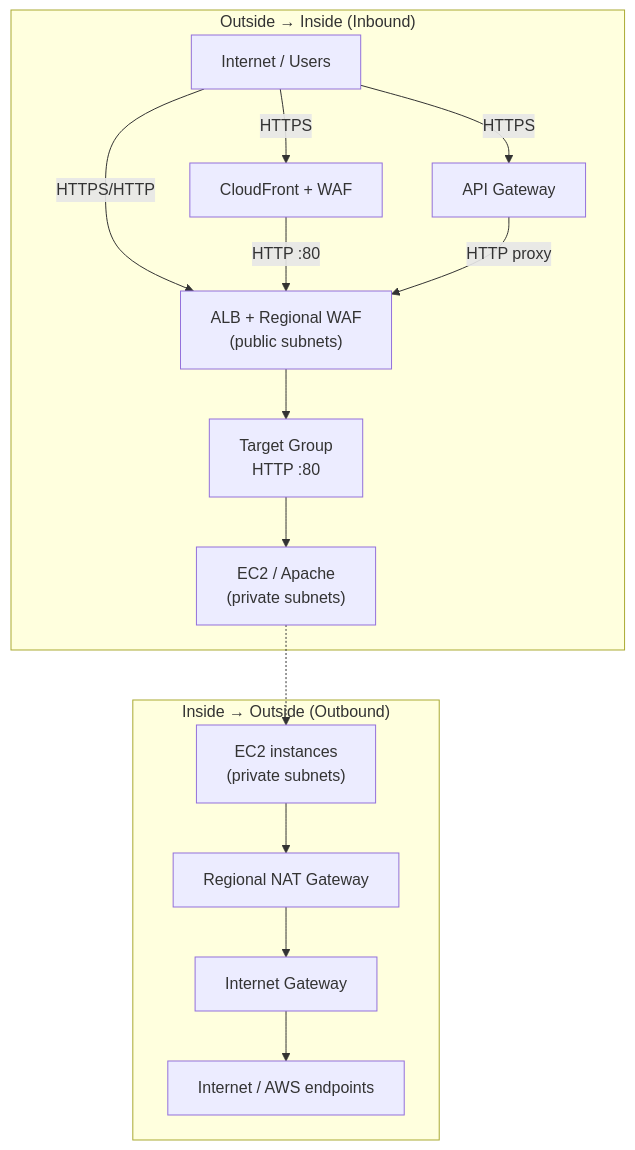
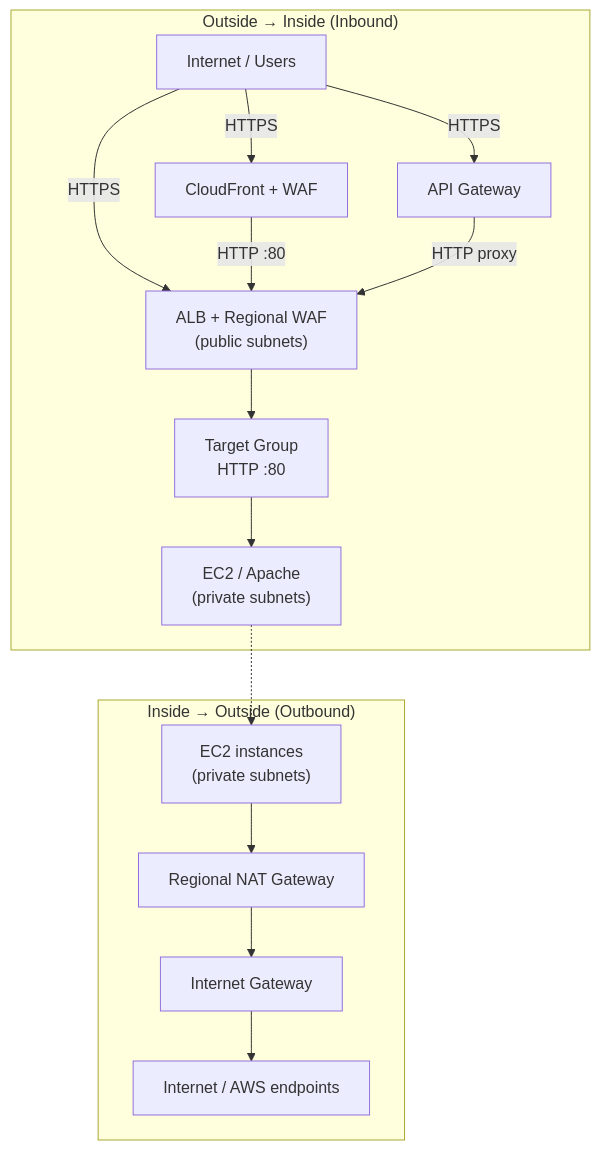
The diagram in README.md (SarangKolhe07/demoproject), drawn with Mermaid before and after one commit.

````diff
--- a/README.md
+++ b/README.md
@@ -92,29 +92,29 @@
 ```mermaid
 flowchart TB
   subgraph inbound["Outside → Inside (Inbound)"]
     User["Internet / Users"]
     CF["CloudFront + WAF"]
     APIGW["API Gateway"]
     ALB["ALB + Regional WAF\n(public subnets)"]
     TG["Target Group\nHTTP :80"]
     EC2["EC2 / Apache\n(private subnets)"]
 
     User -->|"HTTPS"| CF
     User -->|"HTTPS"| APIGW
-    User -->|"HTTPS/HTTP"| ALB
+    User -->|"HTTPS"| ALB
     CF -->|"HTTP :80"| ALB
     APIGW -->|"HTTP proxy"| ALB
     ALB --> TG --> EC2
   end
 
   subgraph outbound["Inside → Outside (Outbound)"]
     EC2out["EC2 instances\n(private subnets)"]
     NAT["Regional NAT Gateway"]
     IGW["Internet Gateway"]
     Ext["Internet / AWS endpoints"]
 
     EC2out --> NAT --> IGW --> Ext
   end
 
   EC2 -.-> EC2out
 ```
````
